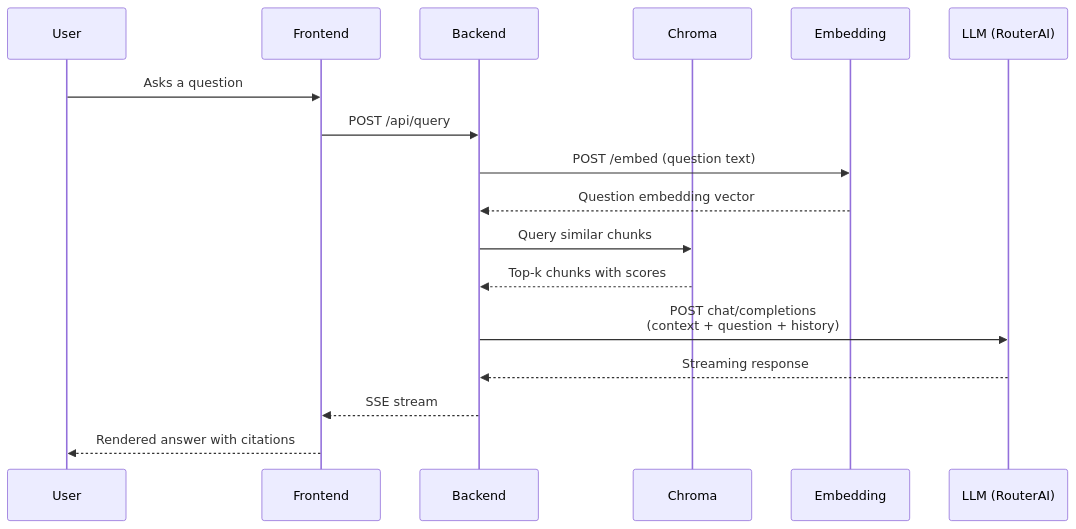
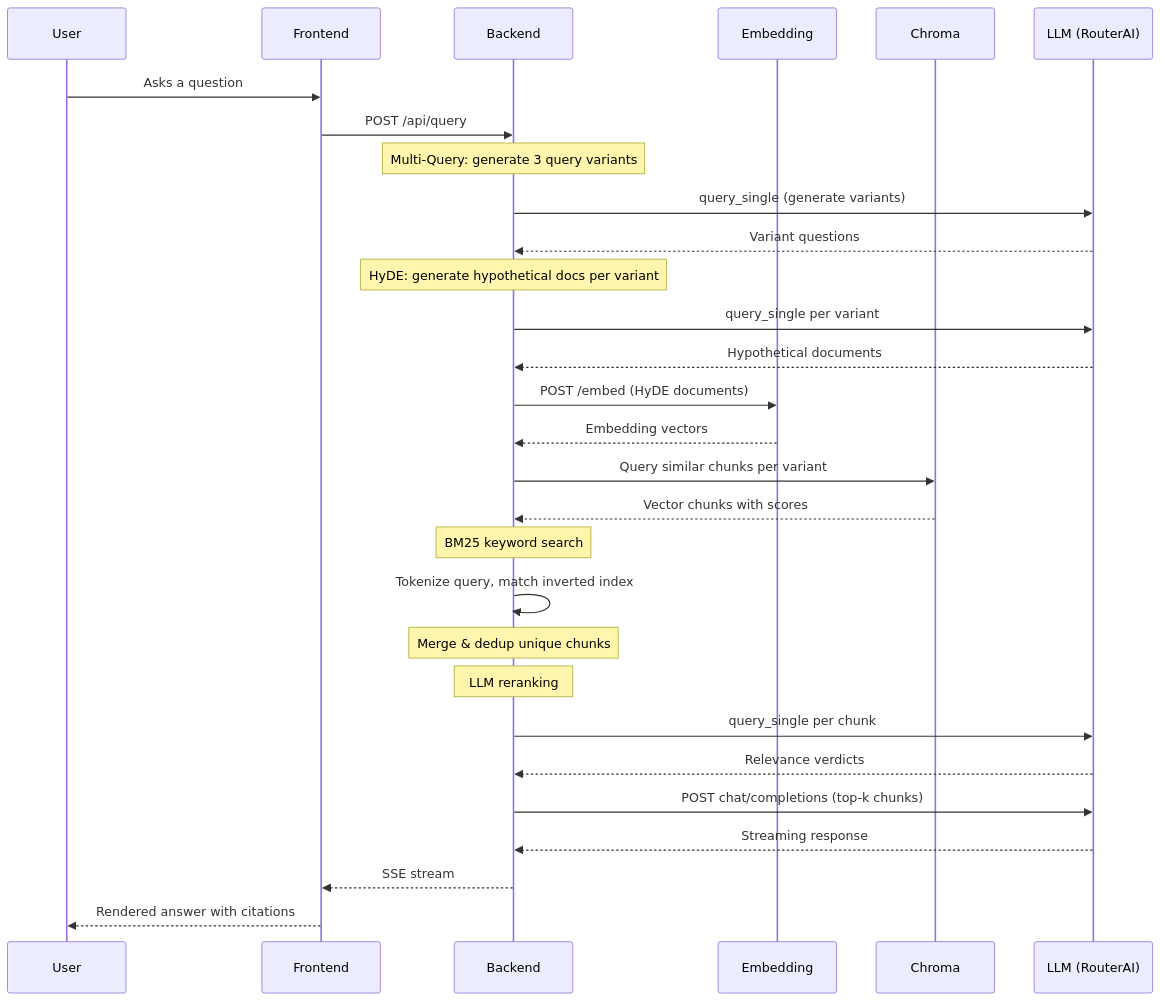
One commit to n-marusov/vedo-help changed the third of 3 diagrams in docs/architecture.md. Above: the diagram before and after it, drawn with Mermaid. The commit also changed other lines of this file and 19 other files, not shown here.

````diff
--- a/docs/architecture.md
+++ b/docs/architecture.md
@@ -205,20 +209,32 @@
 ```mermaid
 sequenceDiagram
     participant U as User
     participant F as Frontend
     participant B as Backend
+    participant E as Embedding
     participant C as Chroma
-    participant E as Embedding
     participant L as LLM (RouterAI)
 
     U->>F: Asks a question
     F->>B: POST /api/query
-    B->>E: POST /embed (question text)
-    E-->>B: Question embedding vector
-    B->>C: Query similar chunks
-    C-->>B: Top-k chunks with scores
-    B->>L: POST chat/completions<br/>(context + question + history)
+    Note over B: Multi-Query: generate 3 query variants
+    B->>L: query_single (generate variants)
+    L-->>B: Variant questions
+    Note over B: HyDE: generate hypothetical docs per variant
+    B->>L: query_single per variant
+    L-->>B: Hypothetical documents
+    B->>E: POST /embed (HyDE documents)
+    E-->>B: Embedding vectors
+    B->>C: Query similar chunks per variant
+    C-->>B: Vector chunks with scores
+    Note over B: BM25 keyword search
+    B->>B: Tokenize query, match inverted index
+    Note over B: Merge & dedup unique chunks
+    Note over B: LLM reranking
+    B->>L: query_single per chunk
+    L-->>B: Relevance verdicts
+    B->>L: POST chat/completions (top-k chunks)
     L-->>B: Streaming response
     B-->>F: SSE stream
     F-->>U: Rendered answer with citations
 ```
````
